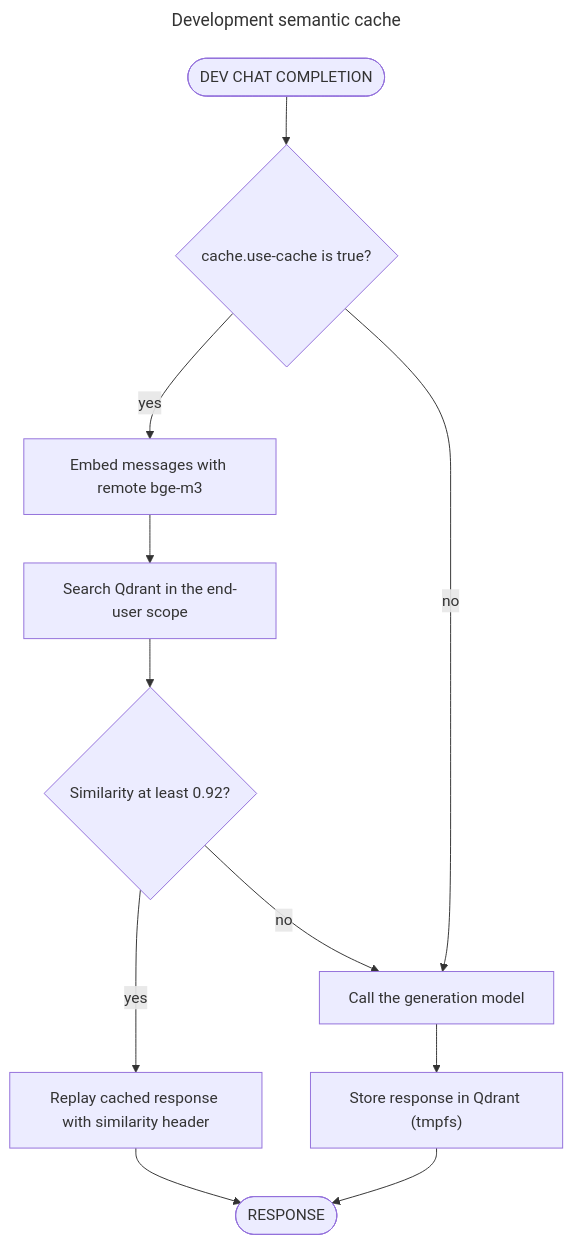
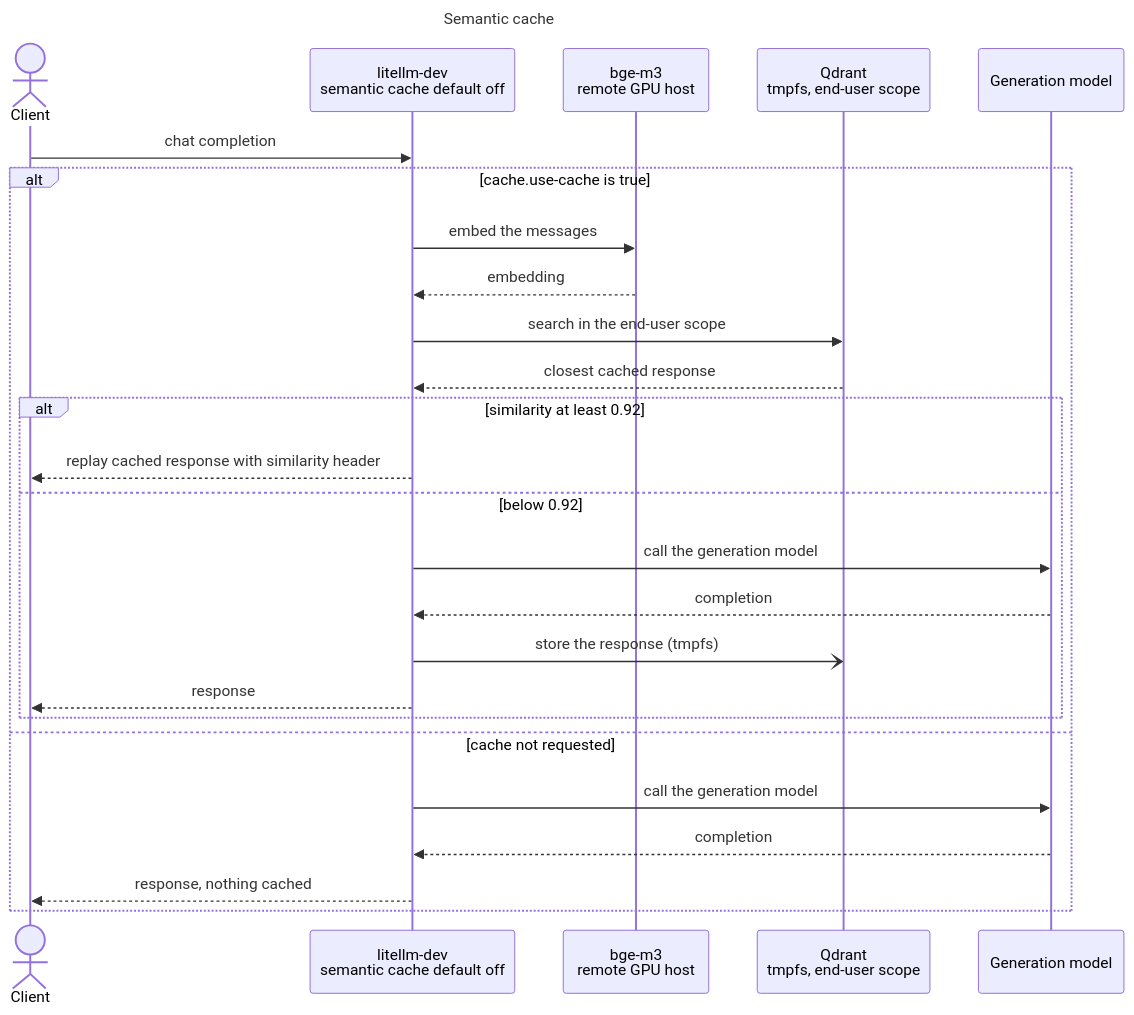
Before and after one commit to bella-1337/effective-spoon: the diagram in diagrams/12-semantic-cache-flow.mmd, drawn with Mermaid. The commit also changed 27 other files, not shown here.

First line of the commit message:
Draw the flow diagrams as animated sequence diagrams

```diff
--- a/diagrams/12-semantic-cache-flow.mmd
+++ b/diagrams/12-semantic-cache-flow.mmd
@@ -1,28 +1,34 @@
 ---
-title: Development semantic cache
+title: Semantic cache
 ---
-flowchart TD
+sequenceDiagram
   %% Source for 12-semantic-cache-flow.html. Edit this file, then run ./scripts/render-diagrams.py.
   %% Directives: docs in diagrams/README.md (Updating diagrams).
   %% @subtitle How litellm-dev decides between replaying a cached answer from Qdrant and calling the model
+  %% @type external: BGE GEN
+  %% @type database: Q
+  actor C as Client
+  participant LL as litellm-dev<br/>semantic cache default off
+  participant BGE as bge-m3<br/>remote GPU host
+  participant Q as Qdrant<br/>tmpfs, end-user scope
+  participant GEN as Generation model
 
-  S(["DEV CHAT COMPLETION"])
-  OPT{"cache.use-cache is true?"}
-  EMB["Embed messages with remote bge-m3"]
-  Q["Search Qdrant in the end-user scope"]
-  HIT{"Similarity at least 0.92?"}
-  REP["Replay cached response with similarity header"]
-  GEN["Call the generation model"]
-  STO["Store response in Qdrant (tmpfs)"]
-  E(["RESPONSE"])
-
-  S --> OPT
-  OPT -->|"yes"| EMB
-  OPT -->|"no"| GEN
-  EMB --> Q
-  Q --> HIT
-  HIT -->|"yes"| REP
-  HIT -->|"no"| GEN
-  GEN --> STO
-  REP --> E
-  STO --> E
+  C->>LL: chat completion
+  alt cache.use-cache is true
+    LL->>BGE: embed the messages
+    BGE-->>LL: embedding
+    LL->>Q: search in the end-user scope
+    Q-->>LL: closest cached response
+    alt similarity at least 0.92
+      LL-->>C: replay cached response with similarity header
+    else below 0.92
+      LL->>GEN: call the generation model
+      GEN-->>LL: completion
+      LL-)Q: store the response (tmpfs)
+      LL-->>C: response
+    end
+  else cache not requested
+    LL->>GEN: call the generation model
+    GEN-->>LL: completion
+    LL-->>C: response, nothing cached
+  end
```
